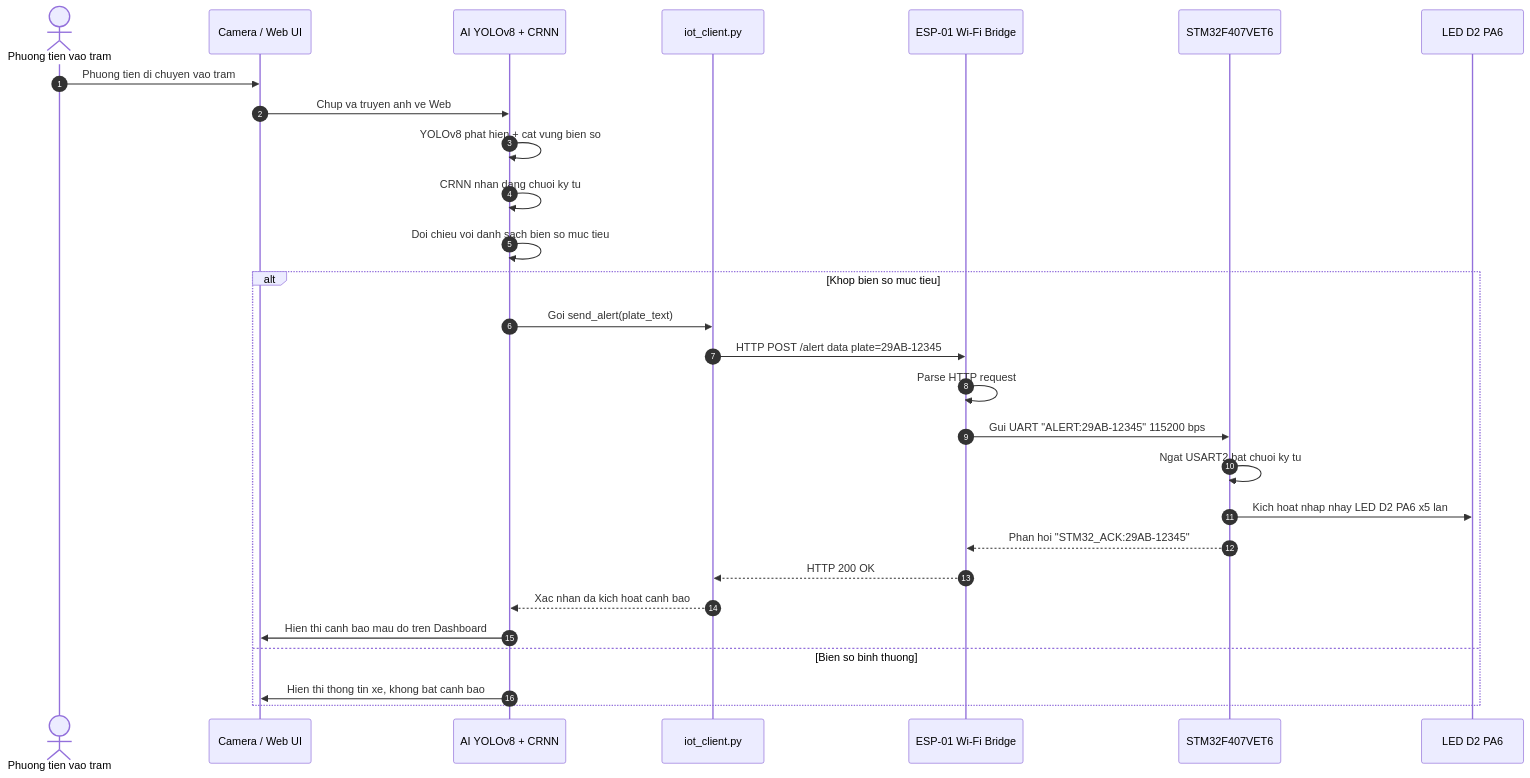
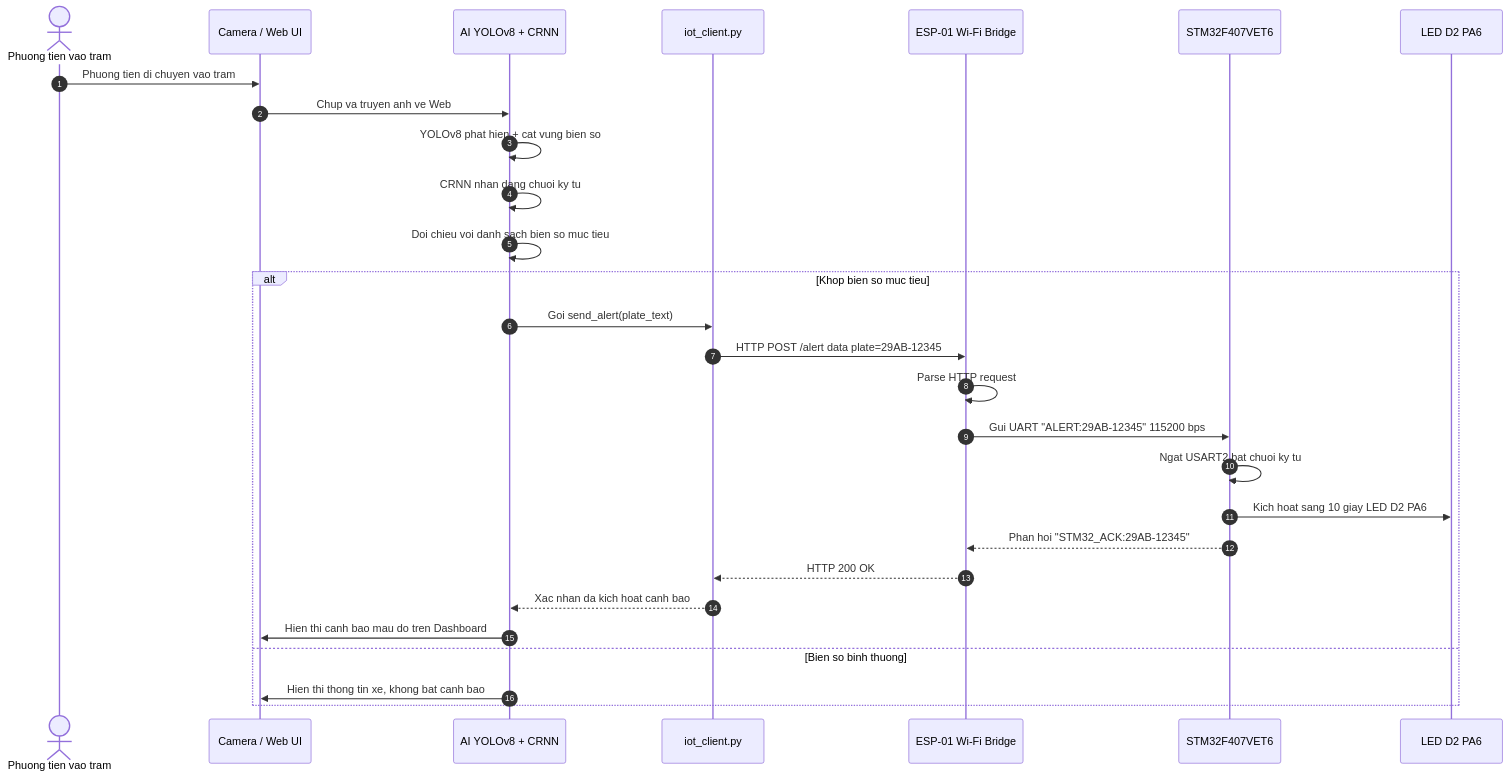
Before and after one commit to thang0989052585-del/DA_KY_523100182_He_Thong_Nhan_dien_bien_so_xe: the second of 4 diagrams in README.md, drawn with Mermaid.

````diff
--- a/README.md
+++ b/README.md
@@ -45,31 +45,31 @@
 ```mermaid
 sequenceDiagram
     autonumber
     actor User as Phuong tien vao tram
     participant Cam as Camera / Web UI
     participant AI as AI YOLOv8 + CRNN
     participant IoT as iot_client.py
     participant ESP as ESP-01 Wi-Fi Bridge
     participant STM as STM32F407VET6
     participant LED as LED D2 PA6
 
     User->>Cam: Phuong tien di chuyen vao tram
     Cam->>AI: Chup va truyen anh ve Web
     AI->>AI: YOLOv8 phat hien + cat vung bien so
     AI->>AI: CRNN nhan dang chuoi ky tu
     AI->>AI: Doi chieu voi danh sach bien so muc tieu
     alt Khop bien so muc tieu
         AI->>IoT: Goi send_alert(plate_text)
         IoT->>ESP: HTTP POST /alert data plate=29AB-12345
         ESP->>ESP: Parse HTTP request
         ESP->>STM: Gui UART "ALERT:29AB-12345" 115200 bps
         STM->>STM: Ngat USART2 bat chuoi ky tu
-        STM->>LED: Kich hoat nhap nhay LED D2 PA6 x5 lan
+        STM->>LED: Kich hoat sang 10 giay LED D2 PA6 
         STM-->>ESP: Phan hoi "STM32_ACK:29AB-12345"
         ESP-->>IoT: HTTP 200 OK
         IoT-->>AI: Xac nhan da kich hoat canh bao
         AI->>Cam: Hien thi canh bao mau do tren Dashboard
     else Bien so binh thuong
         AI->>Cam: Hien thi thong tin xe, khong bat canh bao
     end
 ```
````
